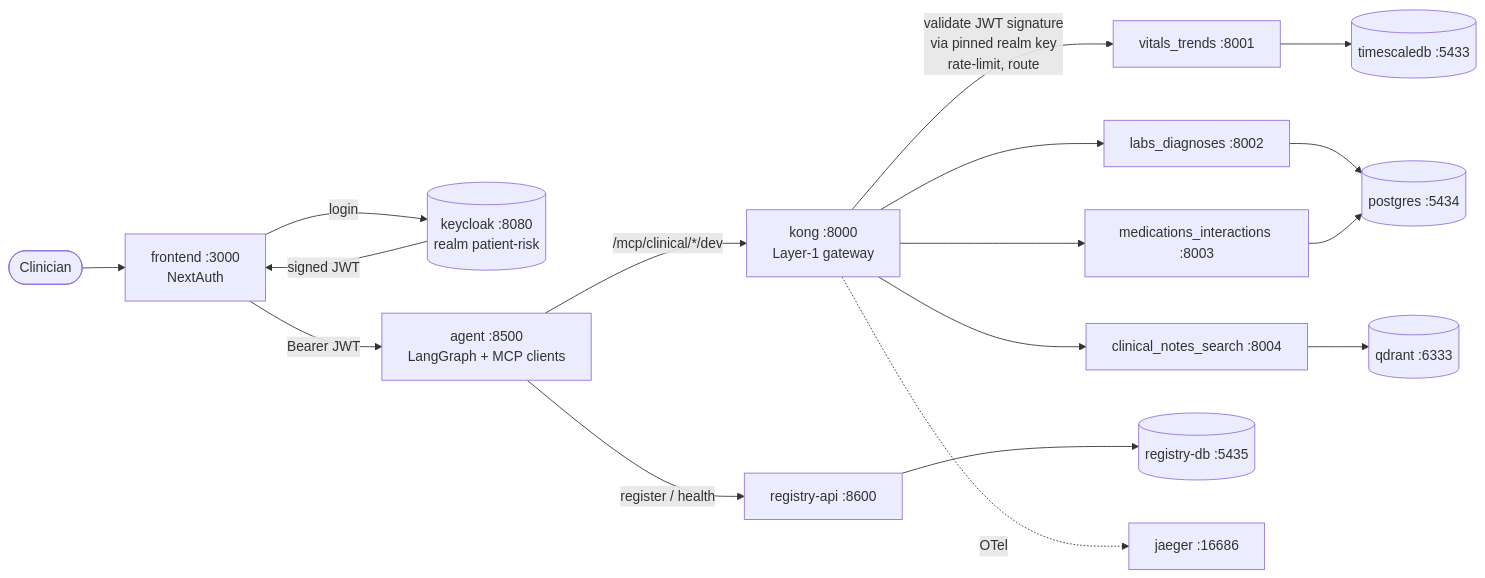
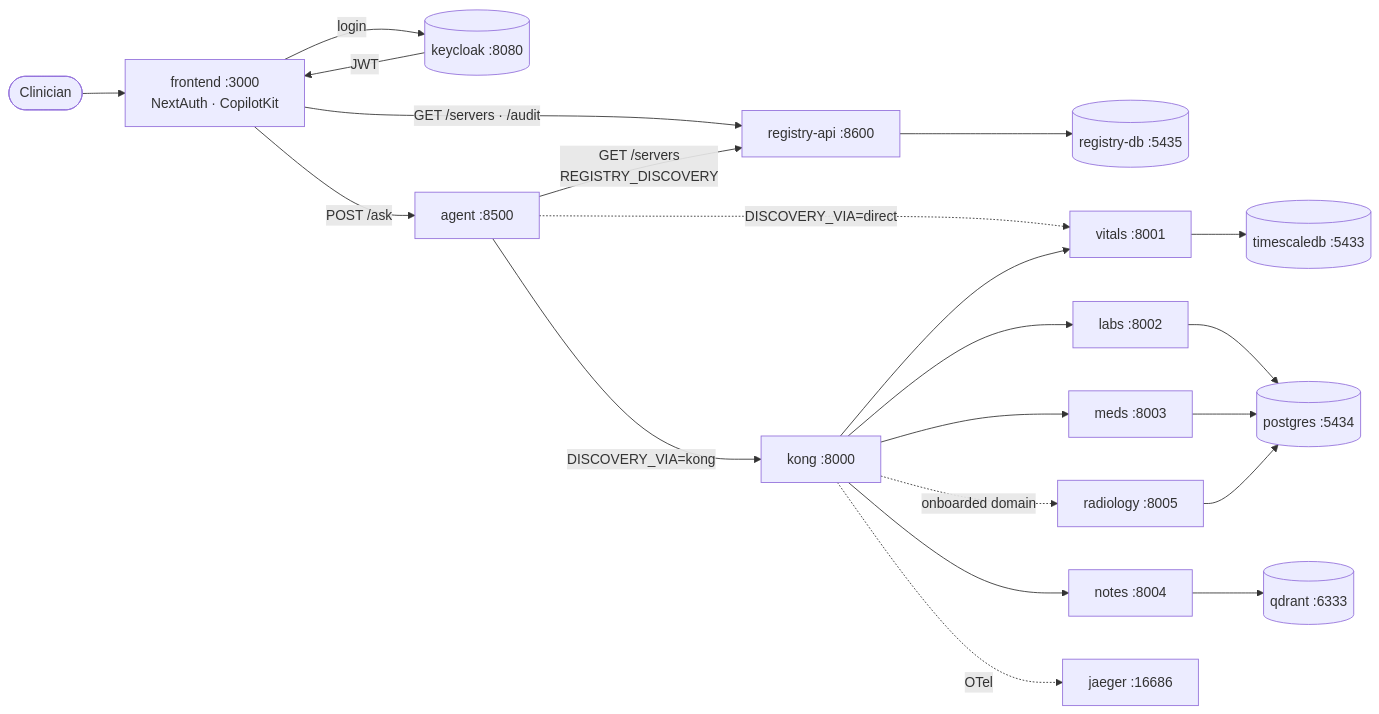
Before and after one commit to aakash-p-s/MCP-Data-Factory: the first of 2 diagrams in docs/INFRASTRUCTURE.md, drawn with Mermaid. The commit also changed other lines of this file and 13 other files, not shown here.

First line of the commit message:
docs: update flow diagrams for onboarding-runtime bridge

````diff
--- a/docs/INFRASTRUCTURE.md
+++ b/docs/INFRASTRUCTURE.md
@@ -33,21 +33,27 @@
 ```mermaid
 flowchart LR
-    U([Clinician]) --> FE[frontend :3000<br/>NextAuth]
-    FE -->|login| KC[(keycloak :8080<br/>realm patient-risk)]
-    KC -->|signed JWT| FE
-    FE -->|Bearer JWT| AG[agent :8500<br/>LangGraph + MCP clients]
-    AG -->|/mcp/clinical/*/dev| KONG[kong :8000<br/>Layer-1 gateway]
+    U([Clinician]) --> FE[frontend :3000<br/>NextAuth · CopilotKit]
+    FE -->|login| KC[(keycloak :8080)]
+    KC -->|JWT| FE
+    FE -->|POST /ask| AG[agent :8500]
+    FE -->|GET /servers · /audit| RA[registry-api :8600]
+    AG -->|GET /servers<br/>REGISTRY_DISCOVERY| RA
+    RA --> RDB[(registry-db :5435)]
 
-    KONG -->|validate JWT signature<br/>via pinned realm key<br/>rate-limit, route| V[vitals_trends :8001]
-    KONG --> L[labs_diagnoses :8002]
-    KONG --> M[medications_interactions :8003]
-    KONG --> N[clinical_notes_search :8004]
+    AG -->|DISCOVERY_VIA=kong| KONG[kong :8000]
+    AG -.DISCOVERY_VIA=direct.-> V
+
+    KONG --> V[vitals :8001]
+    KONG --> L[labs :8002]
+    KONG --> M[meds :8003]
+    KONG --> N[notes :8004]
+    KONG -.onboarded domain.-> R[radiology :8005]
 
     V --> TS[(timescaledb :5433)]
     L --> PG[(postgres :5434)]
     M --> PG
     N --> QD[(qdrant :6333)]
+    R --> PG
 
-    AG -->|register / health| RA[registry-api :8600] --> RDB[(registry-db :5435)]
     KONG -.OTel.-> J[jaeger :16686]
 ```
````
